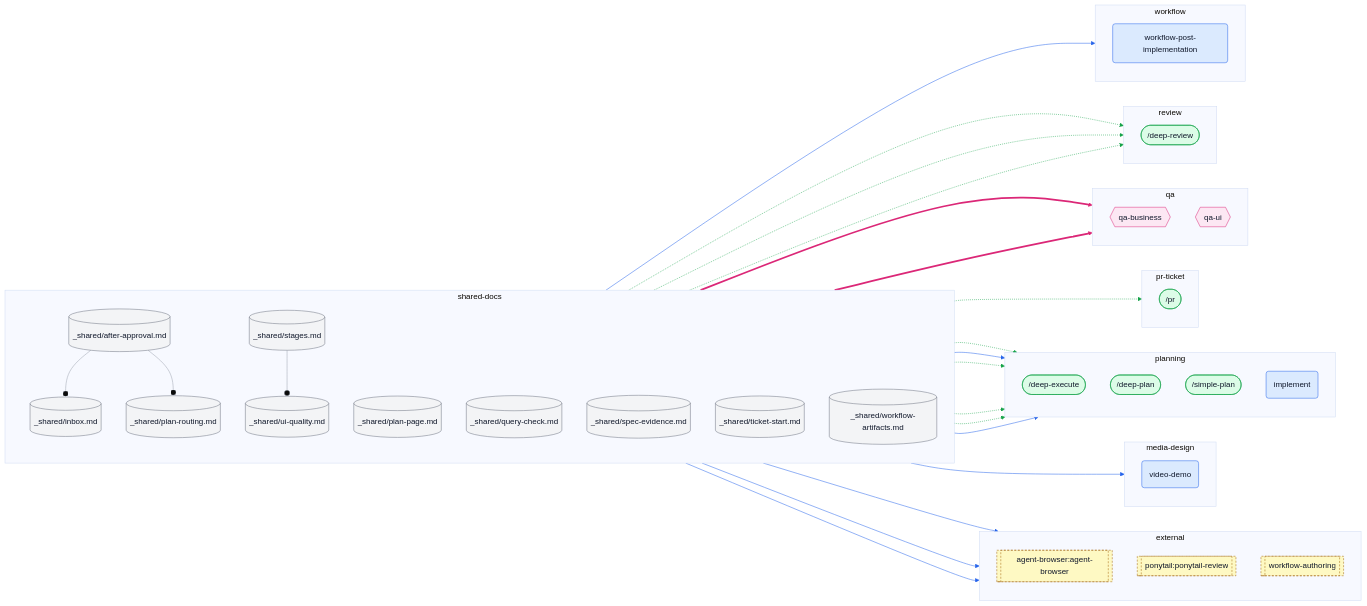
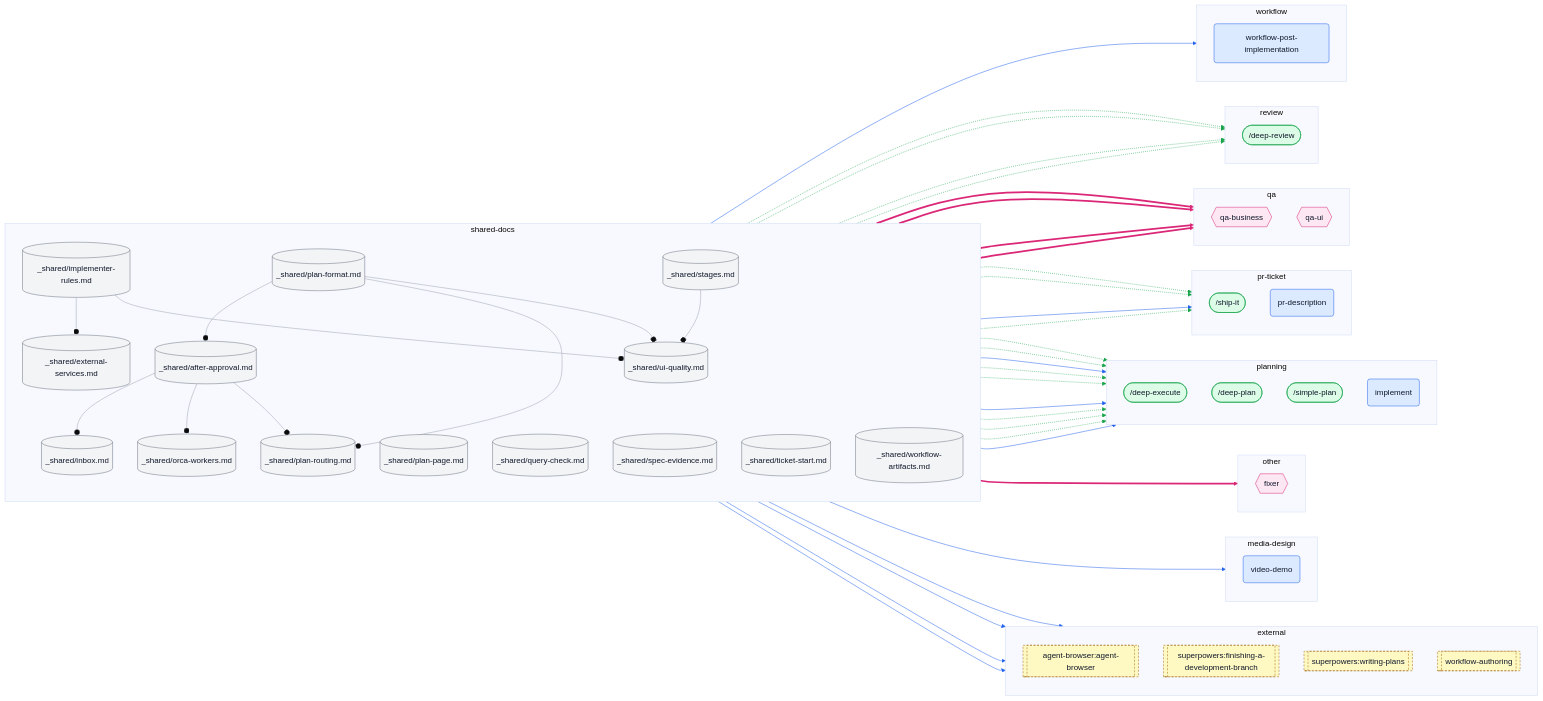
The eighth of 10 diagrams in docs/skills-map.md (ybarsotti/dotfiles), drawn with Mermaid (base theme) before and after one commit. The commit also changed other lines of this file and 32 other files, not shown here.

First line of the commit message:
feat(skills): rename /pr to /ship-it; re-review only the fix delta

```diff
--- a/docs/skills-map.md
+++ b/docs/skills-map.md
@@ -644,12 +808,17 @@
   subgraph cl_external["external"]
     direction TB
     x_agent_browser_agent_browser[["agent-browser:agent-browser"]]:::external
-    x_ponytail_ponytail_review[["ponytail:ponytail-review"]]:::external
+    x_superpowers_finishing_a_development_branch[["superpowers:finishing-a-development-branch"]]:::external
+    x_superpowers_writing_plans[["superpowers:writing-plans"]]:::external
     x_workflow_authoring[["workflow-authoring"]]:::external
   end
   subgraph cl_media_design["media-design"]
     direction TB
     s_video_demo("video-demo"):::skill
+  end
+  subgraph cl_other["other"]
+    direction TB
+    a_fixer{{"fixer"}}:::agent
   end
   subgraph cl_planning["planning"]
     direction TB
@@ -660,7 +829,8 @@
   end
   subgraph cl_pr_ticket["pr-ticket"]
     direction TB
-    c_pr(["/pr"]):::command
+    c_ship_it(["/ship-it"]):::command
+    s_pr_description("pr-description"):::skill
   end
   subgraph cl_qa["qa"]
     direction TB
@@ -674,7 +844,11 @@
   subgraph cl_shared_docs["shared-docs"]
     direction TB
     d_after_approval[("_shared/after-approval.md")]:::shared
+    d_external_services[("_shared/external-services.md")]:::shared
+    d_implementer_rules[("_shared/implementer-rules.md")]:::shared
     d_inbox[("_shared/inbox.md")]:::shared
+    d_orca_workers[("_shared/orca-workers.md")]:::shared
+    d_plan_format[("_shared/plan-format.md")]:::shared
     d_plan_page[("_shared/plan-page.md")]:::shared
     d_plan_routing[("_shared/plan-routing.md")]:::shared
     d_query_check[("_shared/query-check.md")]:::shared
@@ -688,16 +862,33 @@
     direction TB
     s_workflow_post_implementation("workflow-post-implementation"):::skill
   end
+  d_after_approval ==> a_fixer
   d_after_approval ==> a_qa_business
   d_after_approval ==> a_qa_ui
   d_after_approval -.-> c_deep_execute
   d_after_approval -.-> c_deep_review
-  d_after_approval -.-> c_pr
+  d_after_approval -.-> c_ship_it
   d_after_approval --o d_inbox
+  d_after_approval --o d_orca_workers
   d_after_approval --o d_plan_routing
+  d_after_approval -.-> s_implement
   d_after_approval --> s_implement
   d_after_approval --> s_video_demo
   d_after_approval --> s_workflow_post_implementation
+  d_implementer_rules ==> a_qa_ui
+  d_implementer_rules -.-> c_deep_execute
+  d_implementer_rules -.-> c_deep_review
+  d_implementer_rules -.-> c_ship_it
+  d_implementer_rules --o d_external_services
+  d_implementer_rules --o d_ui_quality
+  d_implementer_rules --> s_pr_description
+  d_orca_workers -.-> c_deep_execute
+  d_plan_format --o d_after_approval
+  d_plan_format --o d_plan_routing
+  d_plan_format --o d_ui_quality
+  d_plan_format --> s_implement
+  d_plan_format --> x_superpowers_finishing_a_development_branch
+  d_plan_format --> x_superpowers_writing_plans
   d_plan_routing -.-> c_deep_execute
   d_plan_routing -.-> c_deep_plan
   d_plan_routing -.-> c_deep_review
@@ -706,28 +897,47 @@
   d_plan_routing --> x_workflow_authoring
   d_stages -.-> c_deep_review
   d_stages --o d_ui_quality
+  d_ui_quality ==> a_qa_ui
+  d_ui_quality -.-> c_ship_it
   d_ui_quality --> x_agent_browser_agent_browser
-  d_workflow_artifacts --> x_ponytail_ponytail_review
   linkStyle 0 stroke:#db2777
   linkStyle 1 stroke:#db2777
-  linkStyle 2 stroke:#16a34a
+  linkStyle 2 stroke:#db2777
   linkStyle 3 stroke:#16a34a
   linkStyle 4 stroke:#16a34a
-  linkStyle 5 stroke:#9ca3af
+  linkStyle 5 stroke:#16a34a
   linkStyle 6 stroke:#9ca3af
-  linkStyle 7 stroke:#2563eb
-  linkStyle 8 stroke:#2563eb
-  linkStyle 9 stroke:#2563eb
-  linkStyle 10 stroke:#16a34a
-  linkStyle 11 stroke:#16a34a
-  linkStyle 12 stroke:#16a34a
-  linkStyle 13 stroke:#16a34a
-  linkStyle 14 stroke:#2563eb
-  linkStyle 15 stroke:#2563eb
+  linkStyle 7 stroke:#9ca3af
+  linkStyle 8 stroke:#9ca3af
+  linkStyle 9 stroke:#16a34a
+  linkStyle 10 stroke:#2563eb
+  linkStyle 11 stroke:#2563eb
+  linkStyle 12 stroke:#2563eb
+  linkStyle 13 stroke:#db2777
+  linkStyle 14 stroke:#16a34a
+  linkStyle 15 stroke:#16a34a
   linkStyle 16 stroke:#16a34a
   linkStyle 17 stroke:#9ca3af
-  linkStyle 18 stroke:#2563eb
+  linkStyle 18 stroke:#9ca3af
   linkStyle 19 stroke:#2563eb
+  linkStyle 20 stroke:#16a34a
+  linkStyle 21 stroke:#9ca3af
+  linkStyle 22 stroke:#9ca3af
+  linkStyle 23 stroke:#9ca3af
+  linkStyle 24 stroke:#2563eb
+  linkStyle 25 stroke:#2563eb
+  linkStyle 26 stroke:#2563eb
+  linkStyle 27 stroke:#16a34a
+  linkStyle 28 stroke:#16a34a
+  linkStyle 29 stroke:#16a34a
+  linkStyle 30 stroke:#16a34a
+  linkStyle 31 stroke:#2563eb
+  linkStyle 32 stroke:#2563eb
+  linkStyle 33 stroke:#16a34a
+  linkStyle 34 stroke:#9ca3af
+  linkStyle 35 stroke:#db2777
+  linkStyle 36 stroke:#16a34a
+  linkStyle 37 stroke:#2563eb
   classDef skill fill:#dbeafe,stroke:#2563eb,color:#0f172a
   classDef command fill:#dcfce7,stroke:#16a34a,color:#0f172a
   classDef agent fill:#fce7f3,stroke:#db2777,color:#0f172a
```
